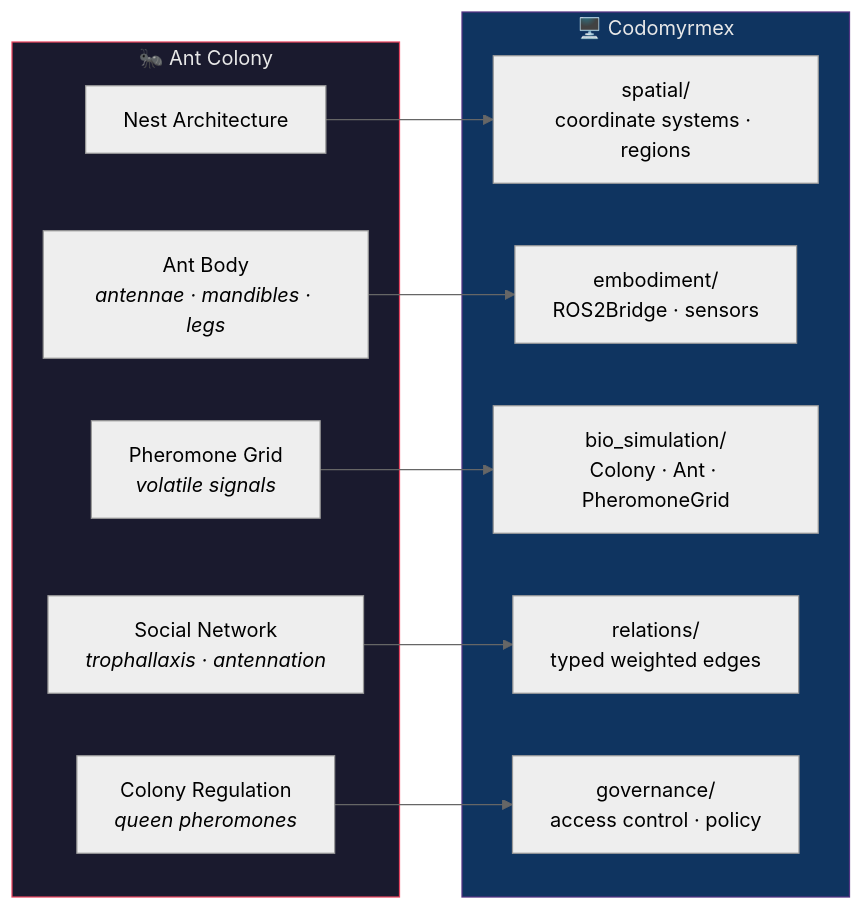
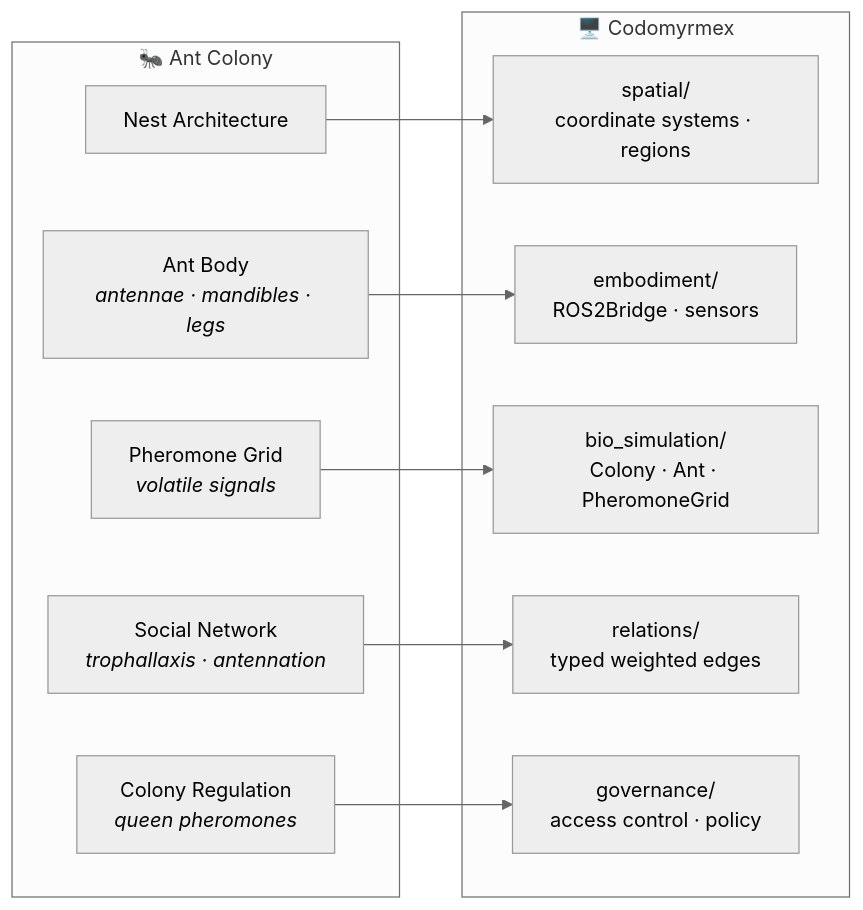
One commit to docxology/codomyrmex changed the second of 3 diagrams in docs/bio/myrmecology.md. Above: the diagram before and after it, drawn with Mermaid (neutral theme). The commit also changed other lines of this file and 86 other files, not shown here.

````diff
--- a/docs/bio/myrmecology.md
+++ b/docs/bio/myrmecology.md
@@ -48,27 +41,24 @@
 ```mermaid
 graph LR
     subgraph ANT["🐜 Ant Colony"]
         NEST["Nest Architecture"]
         BODY["Ant Body<br/><i>antennae · mandibles · legs</i>"]
         PHERO["Pheromone Grid<br/><i>volatile signals</i>"]
         SOCIAL["Social Network<br/><i>trophallaxis · antennation</i>"]
         QUEEN["Colony Regulation<br/><i>queen pheromones</i>"]
     end
 
     subgraph CDM["🖥️ Codomyrmex"]
         SPATIAL["spatial/<br/>coordinate systems · regions"]
         EMBOD["embodiment/<br/>ROS2Bridge · sensors"]
         BIOSIM["bio_simulation/<br/>Colony · Ant · PheromoneGrid"]
         RELAT["relations/<br/>typed weighted edges"]
         GOVERN["governance/<br/>access control · policy"]
     end
 
     NEST --> SPATIAL
     BODY --> EMBOD
     PHERO --> BIOSIM
     SOCIAL --> RELAT
     QUEEN --> GOVERN
-
-    style ANT fill:#1a1a2e,stroke:#e94560,color:#e8e8e8
-    style CDM fill:#0f3460,stroke:#533483,color:#e8e8e8
 ```
````
